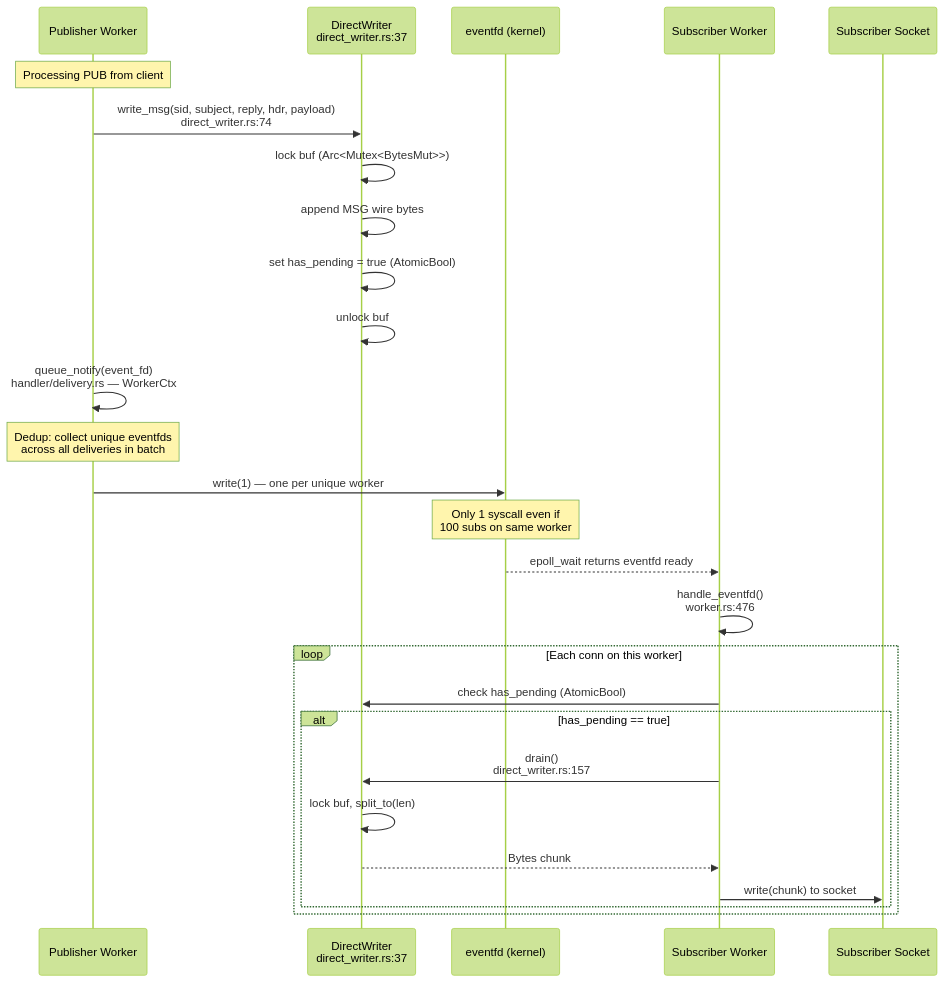
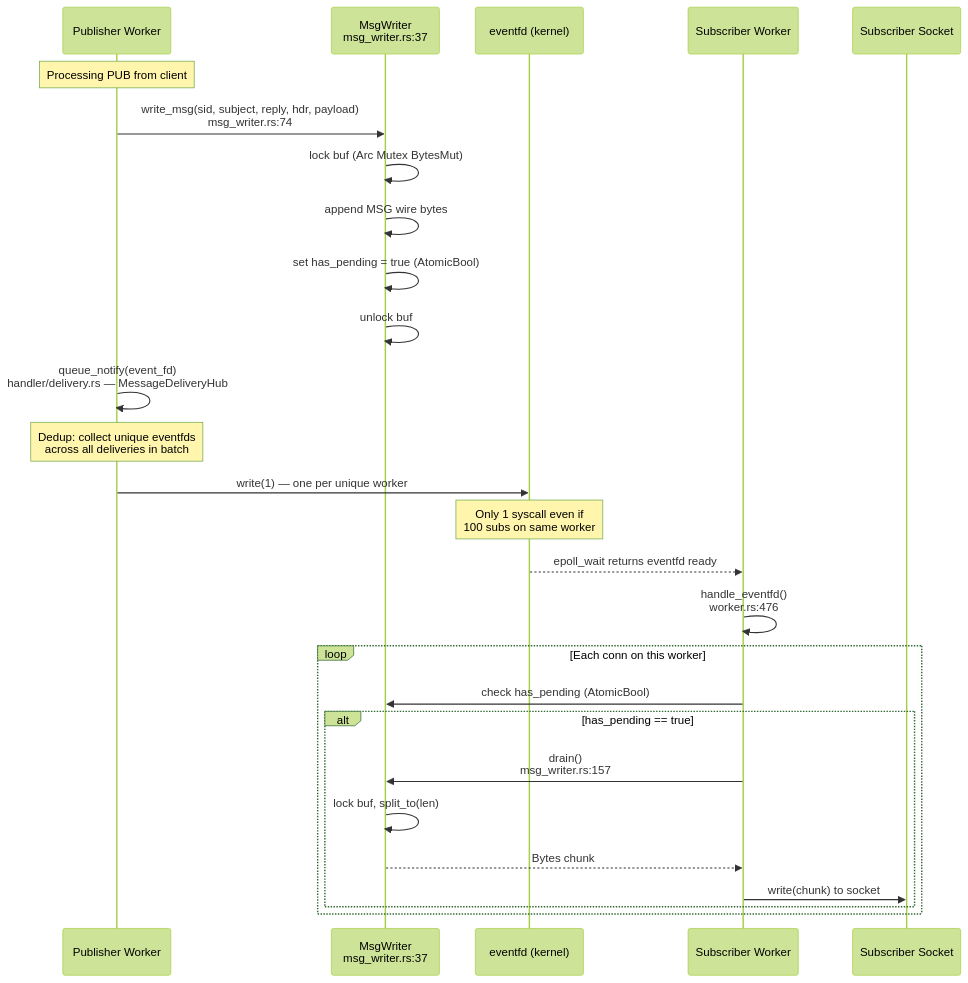
One commit to kamalgs/nats-leaf-node-gateway changed the seventh of 9 diagrams in docs/lld.md. Above: the diagram before and after it, drawn with Mermaid (forest theme). The commit also changed other lines of this file and 19 other files, not shown here.

First line of the commit message:
Rename types for clarity and fix LLD mermaid diagrams (#27)

````diff
--- a/docs/lld.md
+++ b/docs/lld.md
@@ -458,35 +427,35 @@
 ```mermaid
 sequenceDiagram
     participant PW as Publisher Worker
-    participant DW as DirectWriter<br/>direct_writer.rs:37
+    participant MW as MsgWriter<br/>msg_writer.rs:37
     participant EFD as eventfd (kernel)
     participant SW as Subscriber Worker
     participant SS as Subscriber Socket
 
     Note over PW: Processing PUB from client
 
-    PW->>DW: write_msg(sid, subject, reply, hdr, payload)<br/>direct_writer.rs:74
-    DW->>DW: lock buf (Arc<Mutex<BytesMut>>)
-    DW->>DW: append MSG wire bytes
-    DW->>DW: set has_pending = true (AtomicBool)
-    DW->>DW: unlock buf
+    PW->>MW: write_msg(sid, subject, reply, hdr, payload)<br/>msg_writer.rs:74
+    MW->>MW: lock buf (Arc Mutex BytesMut)
+    MW->>MW: append MSG wire bytes
+    MW->>MW: set has_pending = true (AtomicBool)
+    MW->>MW: unlock buf
 
-    PW->>PW: queue_notify(event_fd)<br/>handler/delivery.rs — WorkerCtx
+    PW->>PW: queue_notify(event_fd)<br/>handler/delivery.rs — MessageDeliveryHub
     Note over PW: Dedup: collect unique eventfds<br/>across all deliveries in batch
 
     PW->>EFD: write(1) — one per unique worker
     Note over EFD: Only 1 syscall even if<br/>100 subs on same worker
 
     EFD-->>SW: epoll_wait returns eventfd ready
     SW->>SW: handle_eventfd()<br/>worker.rs:476
 
     loop Each conn on this worker
-        SW->>DW: check has_pending (AtomicBool)
+        SW->>MW: check has_pending (AtomicBool)
         alt has_pending == true
-            SW->>DW: drain()<br/>direct_writer.rs:157
-            DW->>DW: lock buf, split_to(len)
-            DW-->>SW: Bytes chunk
+            SW->>MW: drain()<br/>msg_writer.rs:157
+            MW->>MW: lock buf, split_to(len)
+            MW-->>SW: Bytes chunk
             SW->>SS: write(chunk) to socket
         end
     end
 ```
````
